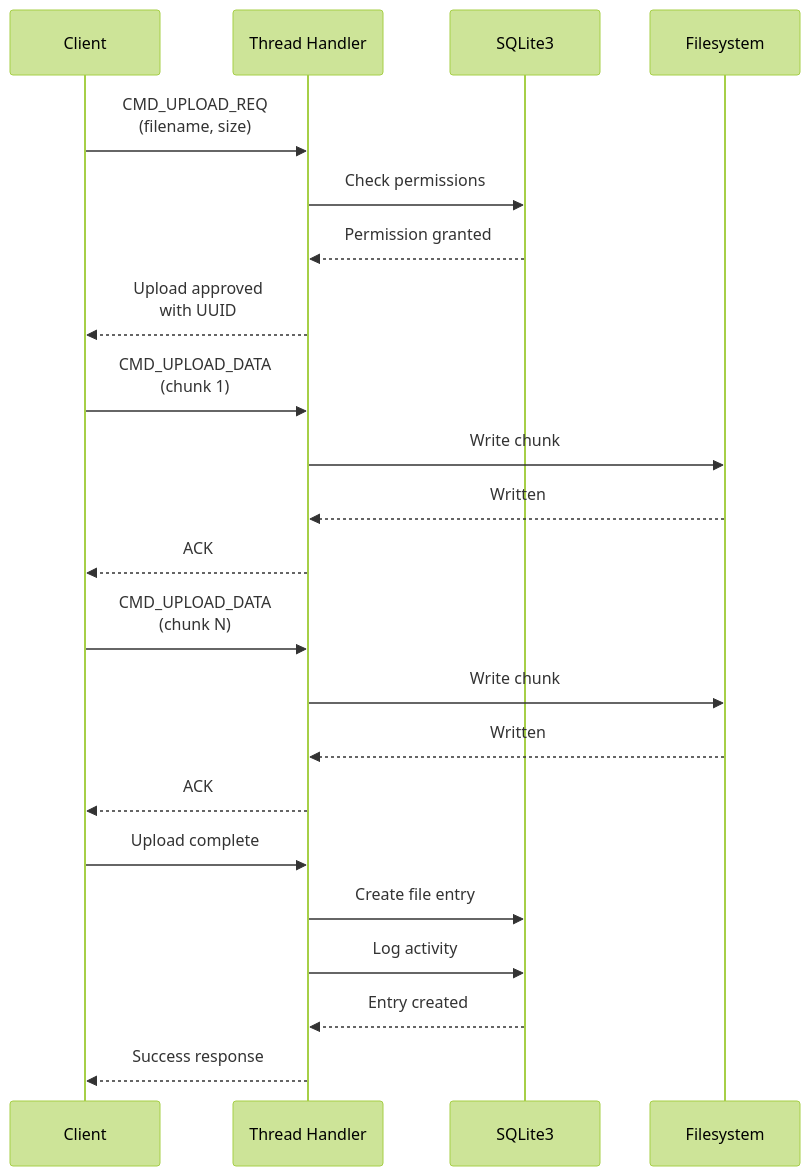
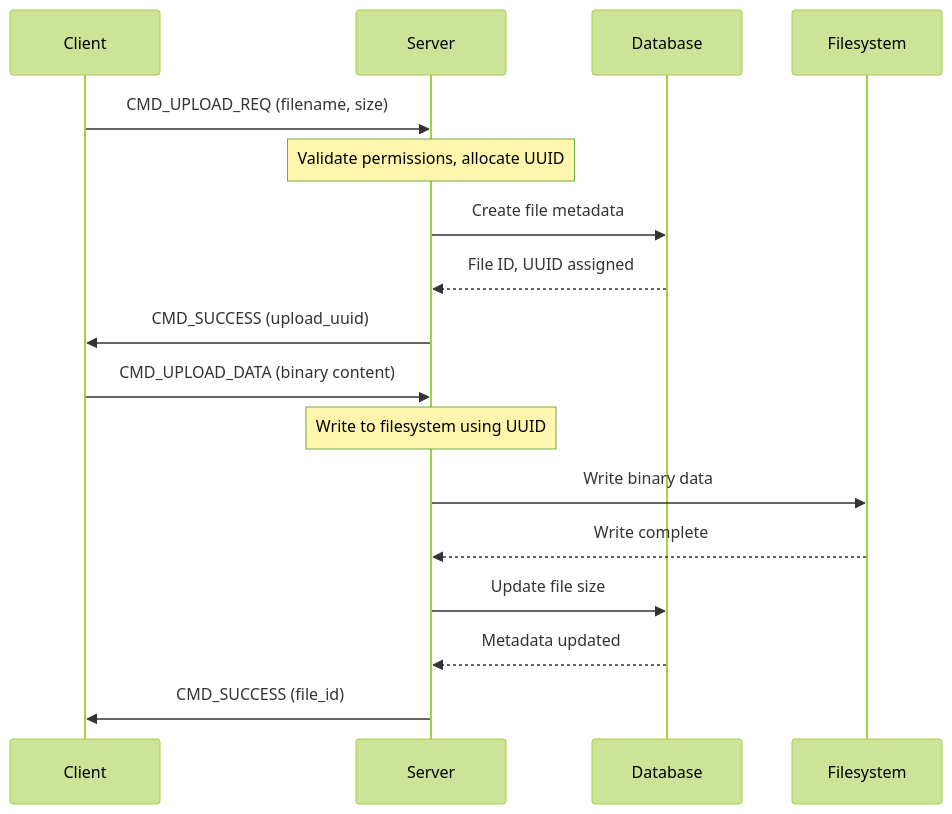
One commit to luanquangminh/NetworkDemo changed the fifth of 10 diagrams in PROJECT_REPORT.md. Above: the diagram before and after it, drawn with Mermaid (forest theme). The commit also changed other lines of this file and 37 other files, not shown here.

````diff
--- a/PROJECT_REPORT.md
+++ b/PROJECT_REPORT.md
@@ -125,28 +369,21 @@
 ```mermaid
 sequenceDiagram
     participant Client
-    participant Server as Thread Handler
-    participant DB as SQLite3
-    participant FS as Filesystem
+    participant Server
+    participant Database
+    participant Filesystem
 
-    Client->>Server: CMD_UPLOAD_REQ<br/>(filename, size)
-    Server->>DB: Check permissions
-    DB-->>Server: Permission granted
-    Server-->>Client: Upload approved<br/>with UUID
+    Client->>Server: CMD_UPLOAD_REQ (filename, size)
+    Note over Server: Validate permissions, allocate UUID
+    Server->>Database: Create file metadata
+    Database-->>Server: File ID, UUID assigned
+    Server->>Client: CMD_SUCCESS (upload_uuid)
 
-    Client->>Server: CMD_UPLOAD_DATA<br/>(chunk 1)
-    Server->>FS: Write chunk
-    FS-->>Server: Written
-    Server-->>Client: ACK
-
-    Client->>Server: CMD_UPLOAD_DATA<br/>(chunk N)
-    Server->>FS: Write chunk
-    FS-->>Server: Written
-    Server-->>Client: ACK
-
-    Client->>Server: Upload complete
-    Server->>DB: Create file entry
-    Server->>DB: Log activity
-    DB-->>Server: Entry created
-    Server-->>Client: Success response
+    Client->>Server: CMD_UPLOAD_DATA (binary content)
+    Note over Server: Write to filesystem using UUID
+    Server->>Filesystem: Write binary data
+    Filesystem-->>Server: Write complete
+    Server->>Database: Update file size
+    Database-->>Server: Metadata updated
+    Server->>Client: CMD_SUCCESS (file_id)
 ```
````
